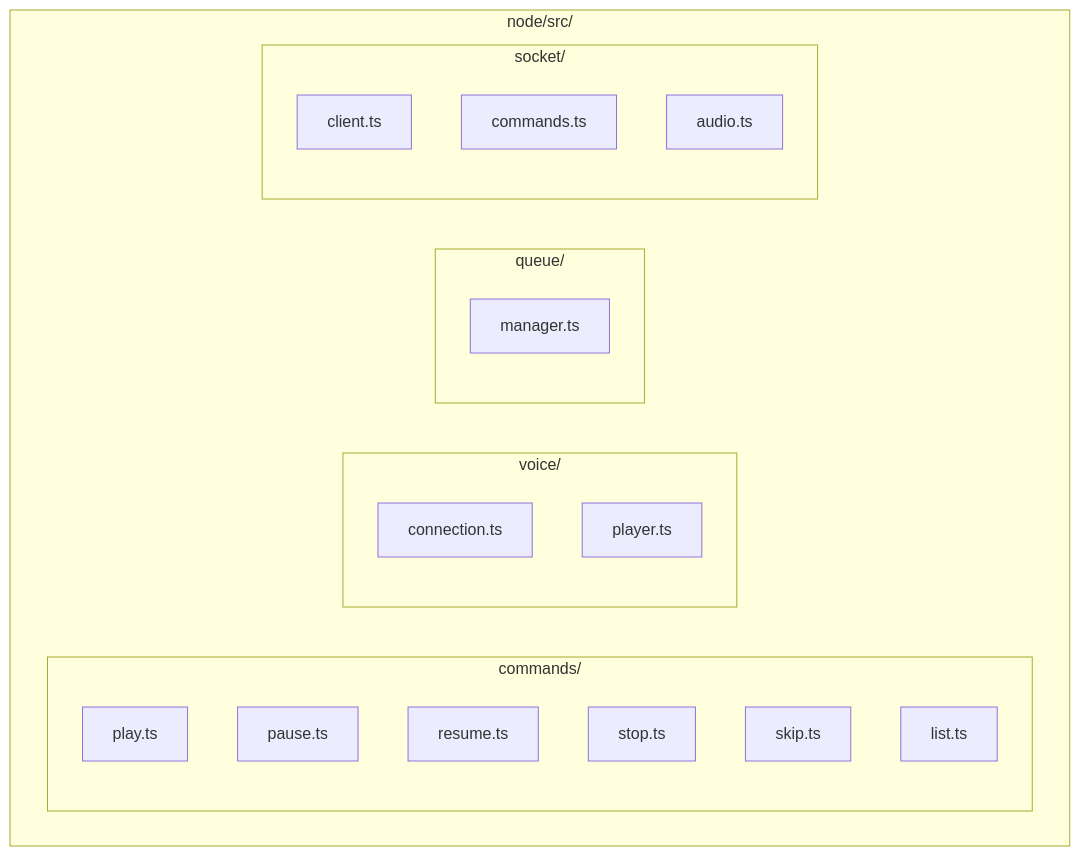
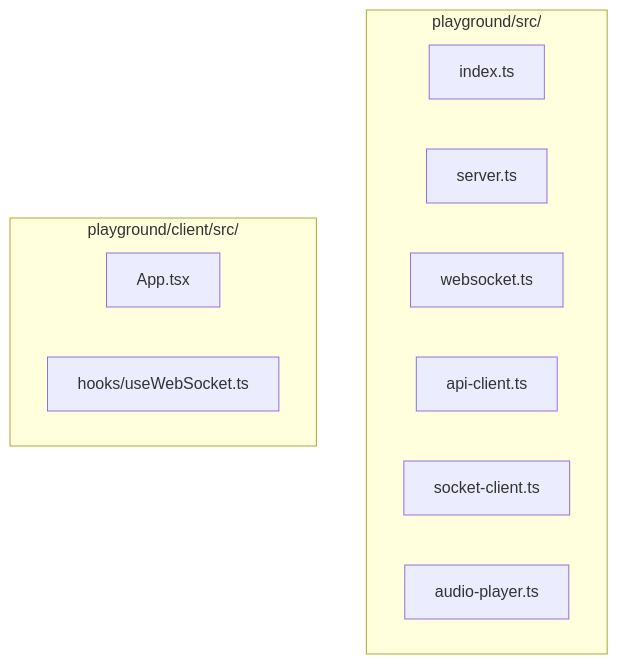
Before and after one commit to thewind121212/natashi: the fourth of 9 diagrams in .claude/skills/topic-planning/SKILL.md, drawn with Mermaid. The commit also changed other lines of this file and 34 other files, not shown here.

````diff
--- a/.claude/skills/topic-planning/SKILL.md
+++ b/.claude/skills/topic-planning/SKILL.md
@@ -154,28 +152,16 @@
 ```mermaid
 flowchart TB
-    subgraph NodeJS["node/src/"]
-        subgraph Commands["commands/"]
-            PLAY[play.ts]
-            PAUSE[pause.ts]
-            RESUME[resume.ts]
-            STOP[stop.ts]
-            SKIP[skip.ts]
-            LIST[list.ts]
-        end
+    subgraph NodeJS["playground/src/"]
+        INDEX[index.ts]
+        SERVER[server.ts]
+        WEBSOCKET[websocket.ts]
+        API_CLIENT[api-client.ts]
+        SOCKET_CLIENT[socket-client.ts]
+        AUDIO_PLAYER[audio-player.ts]
+    end
 
-        subgraph Voice["voice/"]
-            CONN[connection.ts]
-            PLAYER[player.ts]
-        end
-
-        subgraph Queue["queue/"]
-            QMGR[manager.ts]
-        end
-
-        subgraph Socket["socket/"]
-            CLIENT[client.ts]
-            SCMD[commands.ts]
-            AUDIO[audio.ts]
-        end
+    subgraph React["playground/client/src/"]
+        APP[App.tsx]
+        HOOKS[hooks/useWebSocket.ts]
     end
 ```
````
